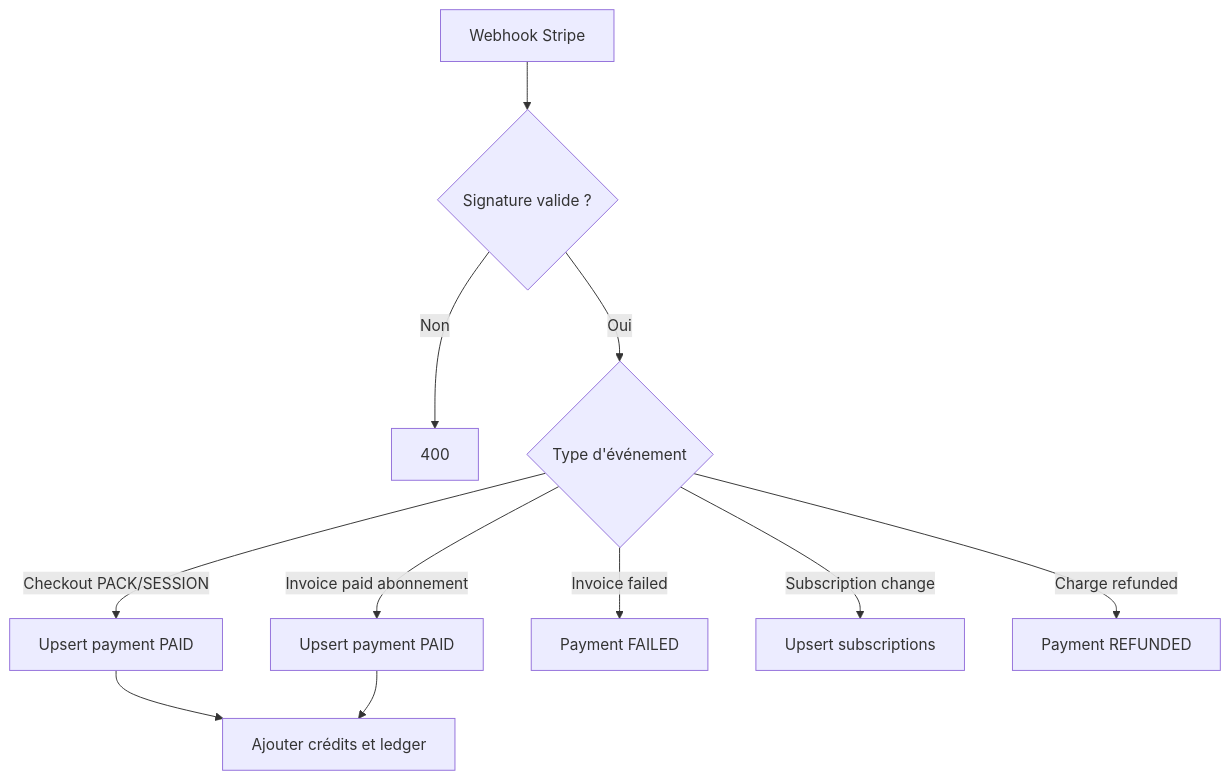
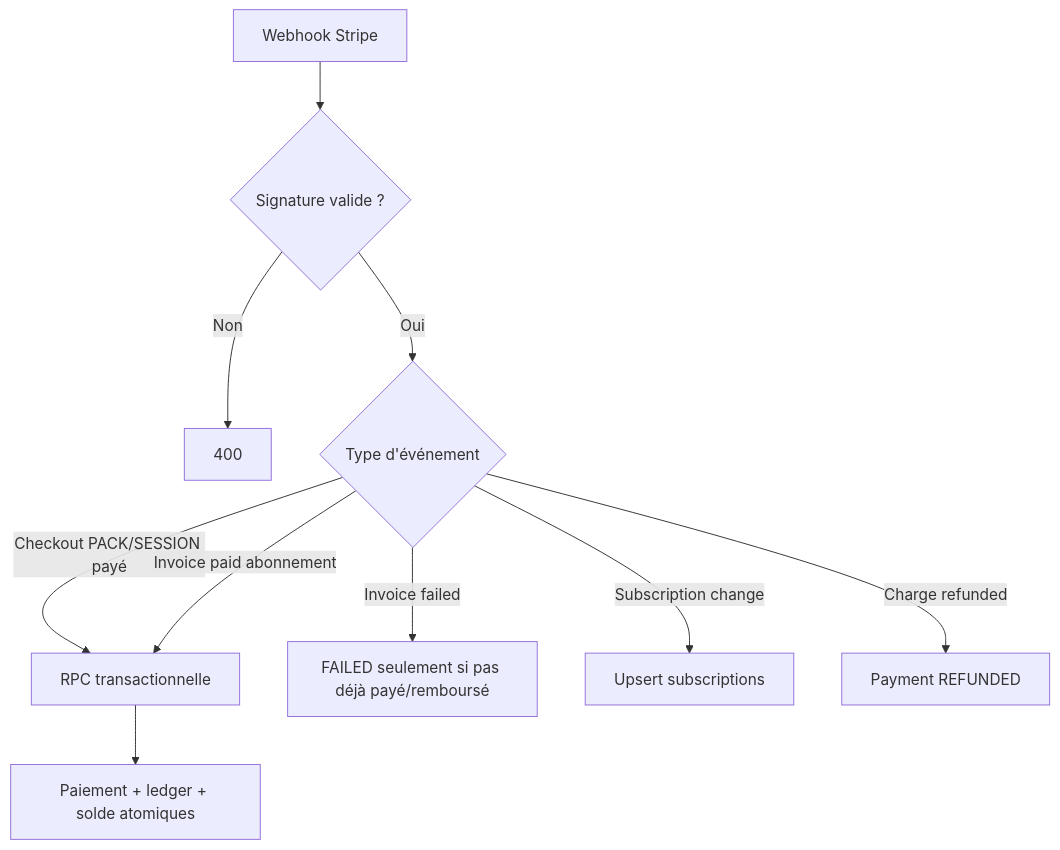
One commit to LordVERTON/SIKASCHOOL-website changed the second of 2 diagrams in docs/workflows/04-payments.md. Above: the diagram before and after it, drawn with Mermaid. The commit also changed other lines of this file and 10 other files, not shown here.

````diff
--- a/docs/workflows/04-payments.md
+++ b/docs/workflows/04-payments.md
@@ -34,13 +33,12 @@
 ```mermaid
 flowchart TD
   A[Webhook Stripe] --> B{Signature valide ?}
   B -- Non --> X[400]
   B -- Oui --> C{Type d'événement}
-  C -- Checkout PACK/SESSION --> D[Upsert payment PAID]
-  D --> E[Ajouter crédits et ledger]
-  C -- Invoice paid abonnement --> F[Upsert payment PAID]
-  F --> E
-  C -- Invoice failed --> G[Payment FAILED]
+  C -- Checkout PACK/SESSION payé --> D[RPC transactionnelle]
+  D --> E[Paiement + ledger + solde atomiques]
+  C -- Invoice paid abonnement --> D
+  C -- Invoice failed --> G[FAILED seulement si pas déjà payé/remboursé]
   C -- Subscription change --> H[Upsert subscriptions]
   C -- Charge refunded --> I[Payment REFUNDED]
 ```
````
